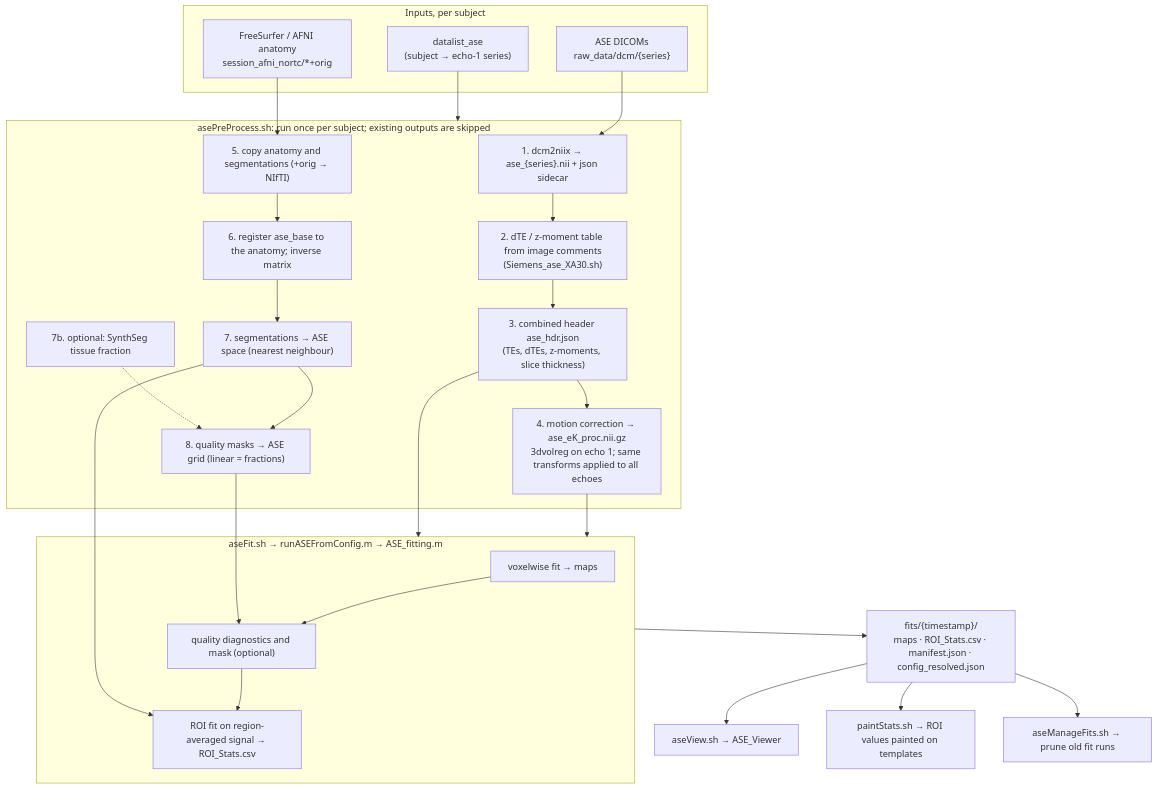
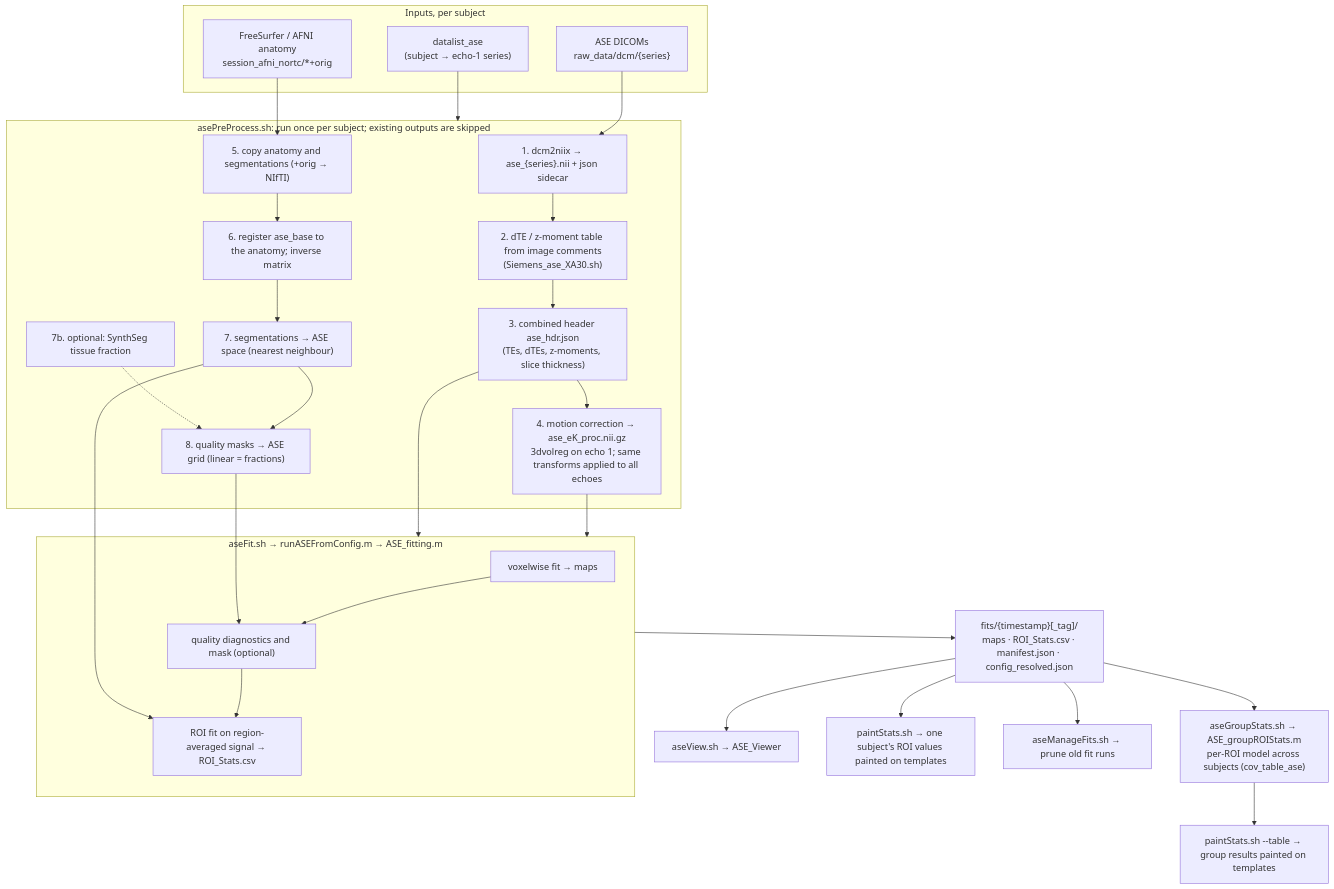
One commit to scalos/ASE_Processing changed the first of 2 diagrams in docs/pipeline.md. Above: the diagram before and after it, drawn with Mermaid. The commit also changed other lines of this file and 10 other files, not shown here.

First line of the commit message:
Group statistics per ROI (aseGroupStats.sh), replacing voxelwise 3dttest++

````diff
--- a/docs/pipeline.md
+++ b/docs/pipeline.md
@@ -7,43 +7,45 @@
 ```mermaid
 flowchart TD
     subgraph IN["Inputs, per subject"]
         DCM["ASE DICOMs<br/>raw_data/dcm/{series}"]
         ANAT["FreeSurfer / AFNI anatomy<br/>session_afni_nortc/*+orig"]
         LIST["datalist_ase<br/>(subject → echo-1 series)"]
     end
 
     subgraph PRE["asePreProcess.sh: run once per subject; existing outputs are skipped"]
         S1["1. dcm2niix → ase_{series}.nii + json sidecar"]
         S2["2. dTE / z-moment table from image comments<br/>(Siemens_ase_XA30.sh)"]
         S3["3. combined header ase_hdr.json<br/>(TEs, dTEs, z-moments, slice thickness)"]
         S4["4. motion correction → ase_eK_proc.nii.gz<br/>3dvolreg on echo 1; same transforms applied to all echoes"]
         S5["5. copy anatomy and segmentations (+orig → NIfTI)"]
         S6["6. register ase_base to the anatomy; inverse matrix"]
         S7["7. segmentations → ASE space (nearest neighbour)"]
         S7b["7b. optional: SynthSeg tissue fraction"]
         S8["8. quality masks → ASE grid (linear = fractions)"]
         S1 --> S2 --> S3 --> S4
         S5 --> S6 --> S7 --> S8
         S7b -.-> S8
     end
 
     subgraph FIT["aseFit.sh → runASEFromConfig.m → ASE_fitting.m"]
         F1["voxelwise fit → maps"]
         F2["quality diagnostics and mask (optional)"]
         F3["ROI fit on region-averaged signal → ROI_Stats.csv"]
         F1 --> F2 --> F3
     end
 
     DCM --> S1
     LIST --> PRE
     ANAT --> S5
     S4 --> FIT
     S3 --> FIT
     S7 --> F3
     S8 --> F2
 
-    FIT --> OUT["fits/{timestamp}/<br/>maps · ROI_Stats.csv · manifest.json · config_resolved.json"]
+    FIT --> OUT["fits/{timestamp}[_tag]/<br/>maps · ROI_Stats.csv · manifest.json · config_resolved.json"]
     OUT --> VIEW["aseView.sh → ASE_Viewer"]
-    OUT --> PAINT["paintStats.sh → ROI values painted on templates"]
+    OUT --> PAINT["paintStats.sh → one subject's ROI values painted on templates"]
+    OUT --> GROUP["aseGroupStats.sh → ASE_groupROIStats.m<br/>per-ROI model across subjects (cov_table_ase)"]
+    GROUP --> GPAINT["paintStats.sh --table → group results painted on templates"]
     OUT --> MANAGE["aseManageFits.sh → prune old fit runs"]
 ```
````
